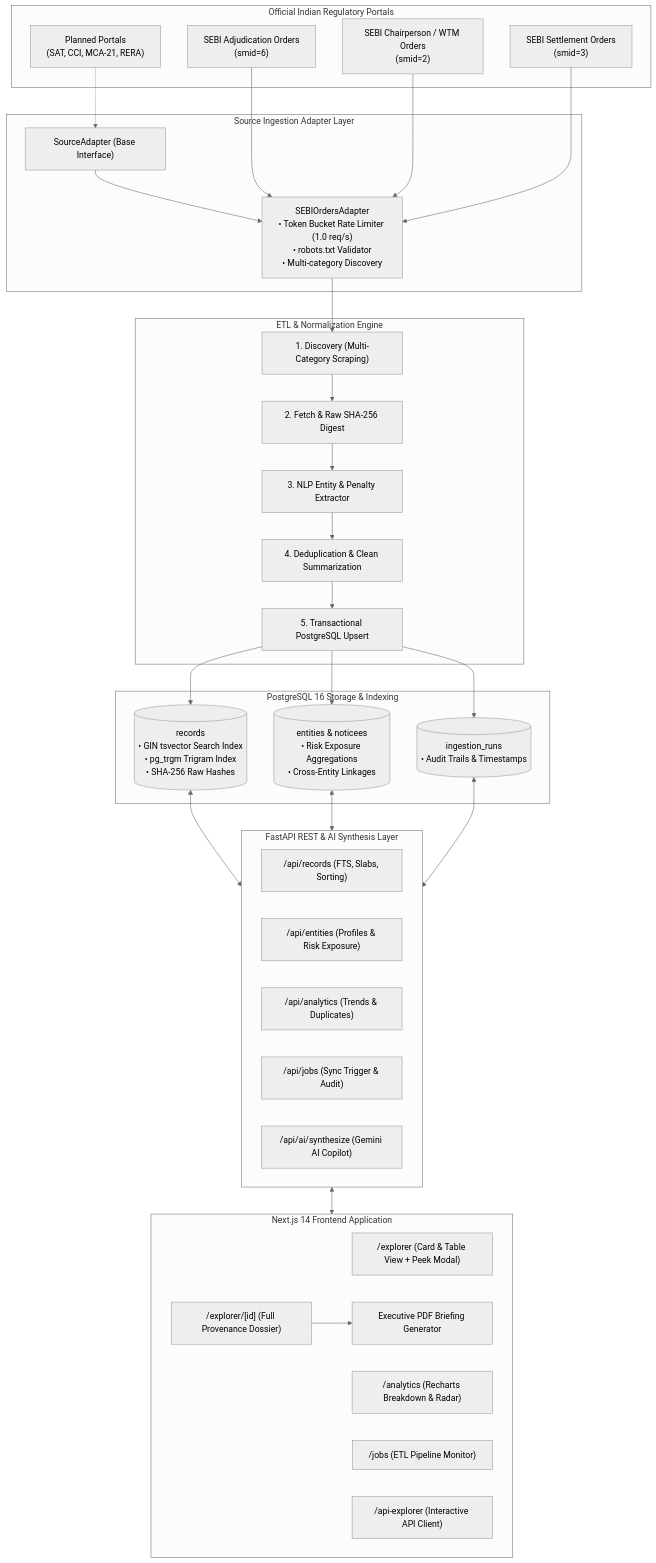
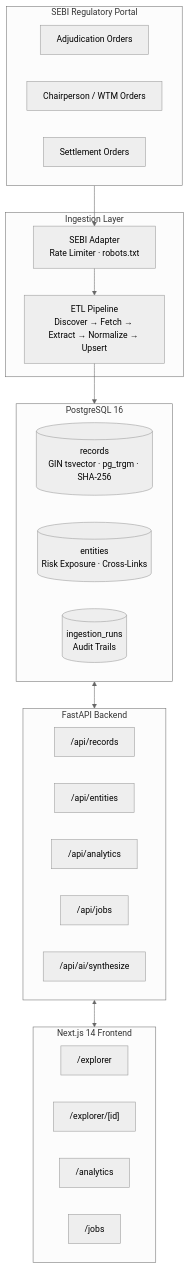
One commit to ReturnKartikey/krio-lexgov changed the diagram in README.md. Above: the diagram before and after it, drawn with Mermaid (neutral theme). The commit also changed other lines of this file and 3 other files, not shown here.

````diff
--- a/README.md
+++ b/README.md
@@ -45,63 +89,37 @@
 ```mermaid
 flowchart TD
-    subgraph Registry["Official Indian Regulatory Portals"]
-        SEBI_AO["SEBI Adjudication Orders<br/>(smid=6)"]
-        SEBI_WTM["SEBI Chairperson / WTM Orders<br/>(smid=2)"]
-        SEBI_SETTLE["SEBI Settlement Orders<br/>(smid=3)"]
-        FUTURE_REG["Planned Portals<br/>(SAT, CCI, MCA-21, RERA)"]
+    subgraph Registry["SEBI Regulatory Portal"]
+        AO["Adjudication Orders"]
+        WTM["Chairperson / WTM Orders"]
+        SETTLE["Settlement Orders"]
     end
 
-    subgraph Adapters["Source Ingestion Adapter Layer"]
-        BASE_ADAPT["SourceAdapter (Base Interface)"]
-        SEBI_ADAPT["SEBIOrdersAdapter<br/>• Token Bucket Rate Limiter (1.0 req/s)<br/>• robots.txt Validator<br/>• Multi-category Discovery"]
-        BASE_ADAPT --> SEBI_ADAPT
+    subgraph Ingestion["Ingestion Layer"]
+        ADAPTER["SEBI Adapter<br/>Rate Limiter · robots.txt"]
+        ETL["ETL Pipeline<br/>Discover → Fetch → Extract → Normalize → Upsert"]
     end
 
-    subgraph ETL["ETL & Normalization Engine"]
-        DISCOVER["1. Discovery (Multi-Category Scraping)"]
-        FETCH["2. Fetch & Raw SHA-256 Digest"]
-        EXTRACT["3. NLP Entity & Penalty Extractor"]
-        NORMALIZE["4. Deduplication & Clean Summarization"]
-        UPSERT["5. Transactional PostgreSQL Upsert"]
+    subgraph Storage["PostgreSQL 16"]
+        RECORDS[("records<br/>GIN tsvector · pg_trgm · SHA-256")]
+        ENTITIES[("entities<br/>Risk Exposure · Cross-Links")]
+        JOBS[("ingestion_runs<br/>Audit Trails")]
     end
 
-    subgraph Database["PostgreSQL 16 Storage & Indexing"]
-        DB_RECORDS[("records<br/>• GIN tsvector Search Index<br/>• pg_trgm Trigram Index<br/>• SHA-256 Raw Hashes")]
-        DB_ENTITIES[("entities & noticees<br/>• Risk Exposure Aggregations<br/>• Cross-Entity Linkages")]
-        DB_JOBS[("ingestion_runs<br/>• Audit Trails & Timestamps")]
+    subgraph API["FastAPI Backend"]
+        R_API["/api/records"]
+        E_API["/api/entities"]
+        A_API["/api/analytics"]
+        J_API["/api/jobs"]
+        AI_API["/api/ai/synthesize"]
     end
 
-    subgraph Backend["FastAPI REST & AI Synthesis Layer"]
-        API_RECORDS["/api/records (FTS, Slabs, Sorting)"]
-        API_ENTITIES["/api/entities (Profiles & Risk Exposure)"]
-        API_ANALYTICS["/api/analytics (Trends & Duplicates)"]
-        API_JOBS["/api/jobs (Sync Trigger & Audit)"]
-        API_AI["/api/ai/synthesize (Gemini AI Copilot)"]
+    subgraph UI["Next.js 14 Frontend"]
+        EXPLORER["/explorer"]
+        DOSSIER["/explorer/[id]"]
+        ANALYTICS["/analytics"]
+        JOBS_UI["/jobs"]
     end
 
-    subgraph Frontend["Next.js 14 Frontend Application"]
-        UI_EXPLORER["/explorer (Card & Table View + Peek Modal)"]
-        UI_DOSSIER["/explorer/[id] (Full Provenance Dossier)"]
-        UI_ANALYTICS["/analytics (Recharts Breakdown & Radar)"]
-        UI_JOBS["/jobs (ETL Pipeline Monitor)"]
-        UI_CONSOLE["/api-explorer (Interactive API Client)"]
-        UI_PDF["Executive PDF Briefing Generator"]
-    end
-
-    SEBI_AO --> SEBI_ADAPT
-    SEBI_WTM --> SEBI_ADAPT
-    SEBI_SETTLE --> SEBI_ADAPT
-    FUTURE_REG -.-> BASE_ADAPT
-
-    SEBI_ADAPT --> DISCOVER --> FETCH --> EXTRACT --> NORMALIZE --> UPSERT
-    UPSERT --> DB_RECORDS
-    UPSERT --> DB_ENTITIES
-    UPSERT --> DB_JOBS
-
-    DB_RECORDS <--> Backend
-    DB_ENTITIES <--> Backend
-    DB_JOBS <--> Backend
-
-    Backend <--> Frontend
-    UI_DOSSIER --> UI_PDF
+    Registry --> ADAPTER --> ETL --> Storage
+    Storage <--> API <--> UI
 ```
````
